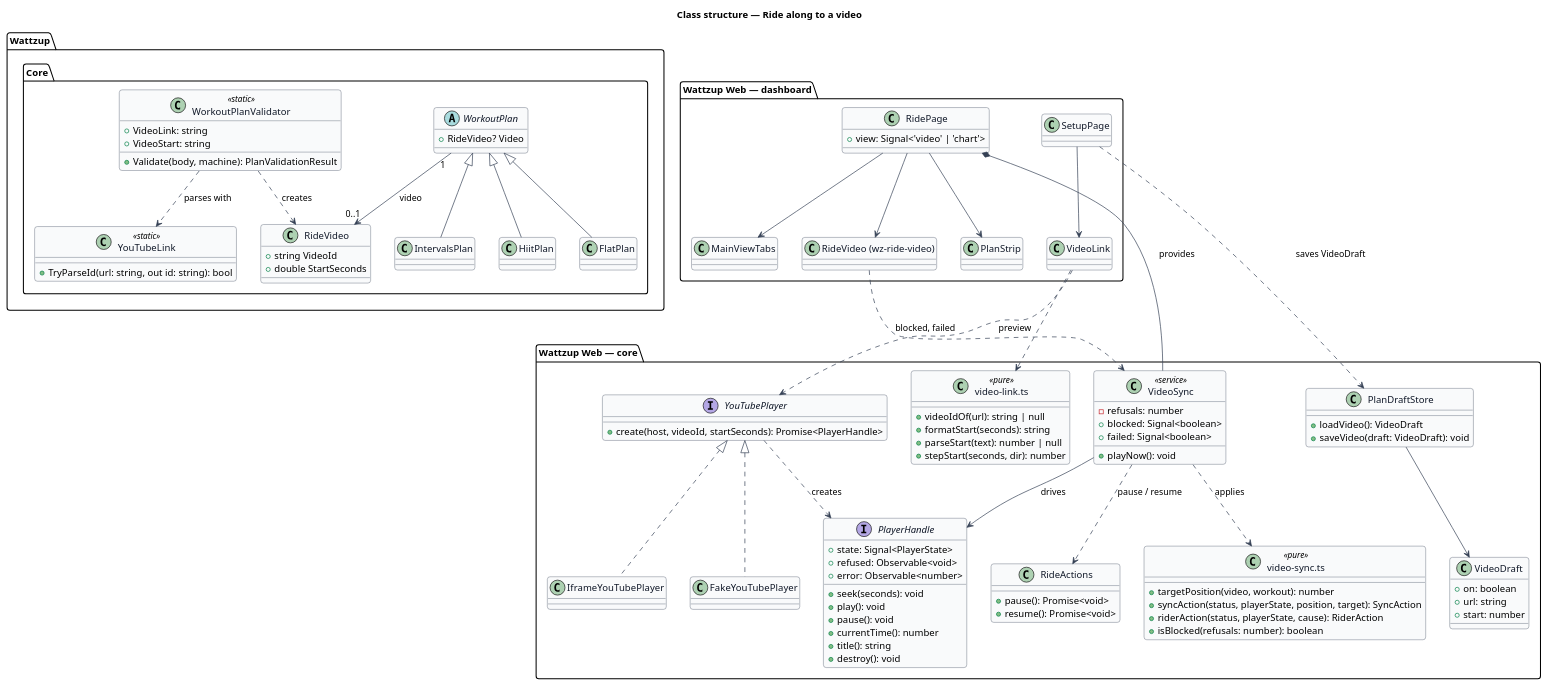
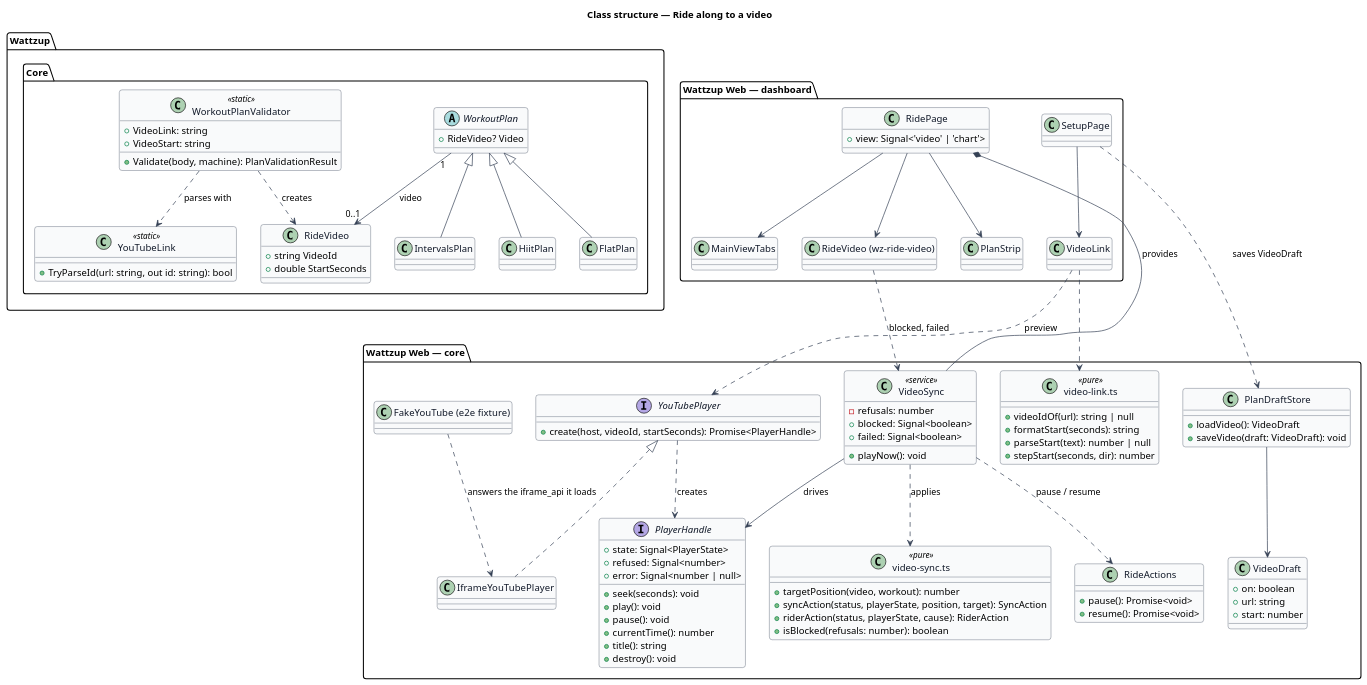
One commit to QuinntyneBrown/ride-one changed the diagram in docs/detailed-designs/workouts/ride-along-video/diagrams/class-structure.puml. Above: the diagram before and after it, drawn with PlantUML. The commit also changed 24 other files, not shown here.

```diff
--- a/docs/detailed-designs/workouts/ride-along-video/diagrams/class-structure.puml
+++ b/docs/detailed-designs/workouts/ride-along-video/diagrams/class-structure.puml
@@ -1,121 +1,121 @@
 @startuml
 ' --- shared skin header ---
 skinparam backgroundColor #FFFFFF
 skinparam shadowing false
 skinparam roundcorner 8
 skinparam defaultFontName Arial
 skinparam ArrowColor #344054
 skinparam class {
   BorderColor #344054
   FontColor #101828
   BackgroundColor #F9FAFB
 }
 ' --------------------------
 title Class structure — Ride along to a video
 
 package "Wattzup.Core" {
   abstract class WorkoutPlan {
     +RideVideo? Video
   }
   class HiitPlan
   class FlatPlan
   class IntervalsPlan
   class RideVideo {
     +string VideoId
     +double StartSeconds
   }
   class YouTubeLink <<static>> {
     +TryParseId(url: string, out id: string): bool
   }
   class WorkoutPlanValidator <<static>> {
     +VideoLink: string
     +VideoStart: string
     +Validate(body, machine): PlanValidationResult
   }
 }
 
 package "Wattzup Web — core" {
   interface YouTubePlayer {
     +create(host, videoId, startSeconds): Promise<PlayerHandle>
   }
   interface PlayerHandle {
     +seek(seconds): void
     +play(): void
     +pause(): void
     +currentTime(): number
     +title(): string
     +destroy(): void
     +state: Signal<PlayerState>
-    +refused: Observable<void>
-    +error: Observable<number>
+    +refused: Signal<number>
+    +error: Signal<number | null>
   }
   class IframeYouTubePlayer
-  class FakeYouTubePlayer
+  class "FakeYouTube (e2e fixture)" as FakeYouTube
   class "video-sync.ts" as VideoSyncRules <<pure>> {
     +targetPosition(video, workout): number
     +syncAction(status, playerState, position, target): SyncAction
     +riderAction(status, playerState, cause): RiderAction
     +isBlocked(refusals: number): boolean
   }
   class VideoSync <<service>> {
     -refusals: number
     +blocked: Signal<boolean>
     +failed: Signal<boolean>
     +playNow(): void
   }
   class "video-link.ts" as VideoLinkRules <<pure>> {
     +videoIdOf(url): string | null
     +formatStart(seconds): string
     +parseStart(text): number | null
     +stepStart(seconds, dir): number
   }
   class PlanDraftStore {
     +loadVideo(): VideoDraft
     +saveVideo(draft: VideoDraft): void
   }
   class VideoDraft {
     +on: boolean
     +url: string
     +start: number
   }
   class RideActions {
     +pause(): Promise<void>
     +resume(): Promise<void>
   }
 }
 
 package "Wattzup Web — dashboard" {
   class RidePage {
     +view: Signal<'video' | 'chart'>
   }
   class MainViewTabs
   class "RideVideo (wz-ride-video)" as RideVideoComponent
   class PlanStrip
   class VideoLink
   class SetupPage
 }
 
 WorkoutPlan <|-- HiitPlan
 WorkoutPlan <|-- FlatPlan
 WorkoutPlan <|-- IntervalsPlan
 WorkoutPlan "1" --> "0..1" RideVideo : video
 WorkoutPlanValidator ..> YouTubeLink : parses with
 WorkoutPlanValidator ..> RideVideo : creates
 
 YouTubePlayer <|.. IframeYouTubePlayer
-YouTubePlayer <|.. FakeYouTubePlayer
+FakeYouTube ..> IframeYouTubePlayer : answers the iframe_api it loads
 YouTubePlayer ..> PlayerHandle : creates
 VideoSync ..> VideoSyncRules : applies
 VideoSync --> PlayerHandle : drives
 VideoSync ..> RideActions : pause / resume
 RidePage *-- VideoSync : provides
 RidePage --> MainViewTabs
 RidePage --> RideVideoComponent
 RidePage --> PlanStrip
 RideVideoComponent ..> VideoSync : blocked, failed
 VideoLink ..> VideoLinkRules
 VideoLink ..> YouTubePlayer : preview
 SetupPage --> VideoLink
 SetupPage ..> PlanDraftStore : saves VideoDraft
 PlanDraftStore --> VideoDraft
 @enduml
```
